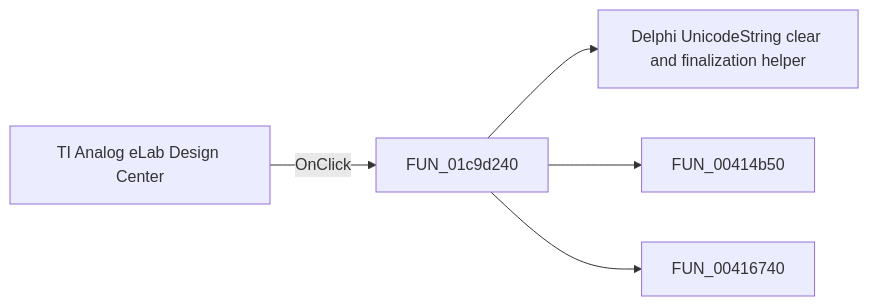
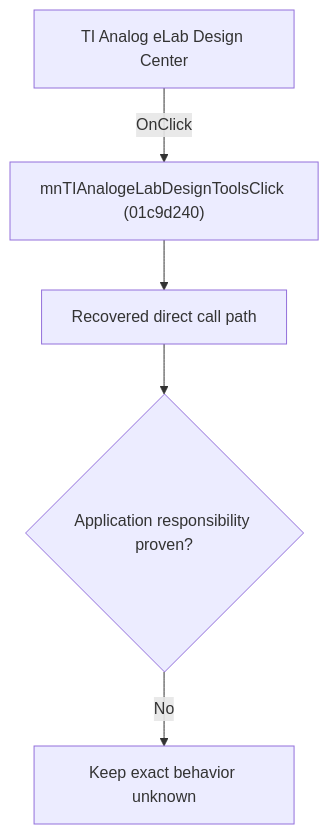
One commit to MovGP0/TIARA changed the diagram in docs/ui-controls/schematiceditor/mntianalogelabdesigntools-854d29b427.md. Above: the diagram before and after it, drawn with Mermaid. The commit also changed other lines of this file and 1062 other files, not shown here.

````diff
--- a/docs/ui-controls/schematiceditor/mntianalogelabdesigntools-854d29b427.md
+++ b/docs/ui-controls/schematiceditor/mntianalogelabdesigntools-854d29b427.md
@@ -27,7 +27,7 @@
 ```mermaid
-flowchart LR
-    control["TI Analog eLab Design Center"] -->|OnClick| handler["FUN_01c9d240"]
-    handler --> call1["Delphi UnicodeString clear and finalization helper"]
-    handler --> call2["FUN_00414b50"]
-    handler --> call3["FUN_00416740"]
+flowchart TD
+    control["TI Analog eLab Design Center"] -->|"OnClick"| handler["mnTIAnalogeLabDesignToolsClick (01c9d240)"]
+    handler --> recovered["Recovered direct call path"]
+    recovered --> gap{"Application responsibility proven?"}
+    gap -->|"No"| blocked["Keep exact behavior unknown"]
 ```
````
